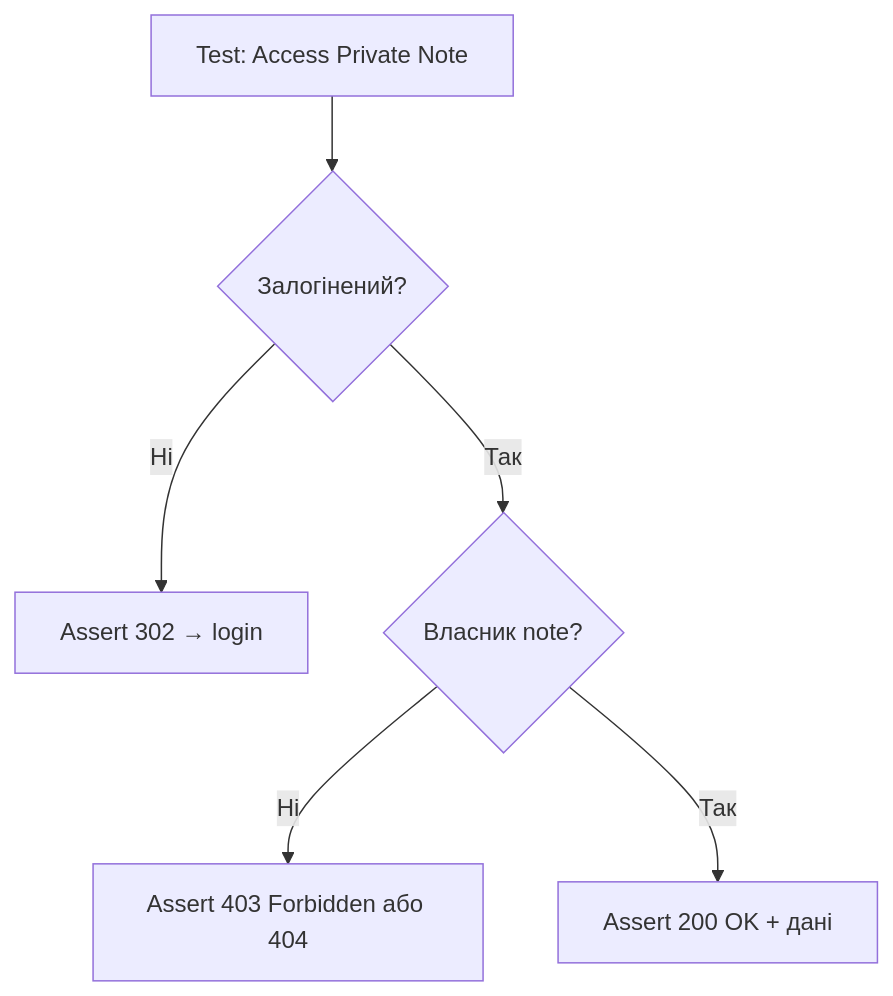
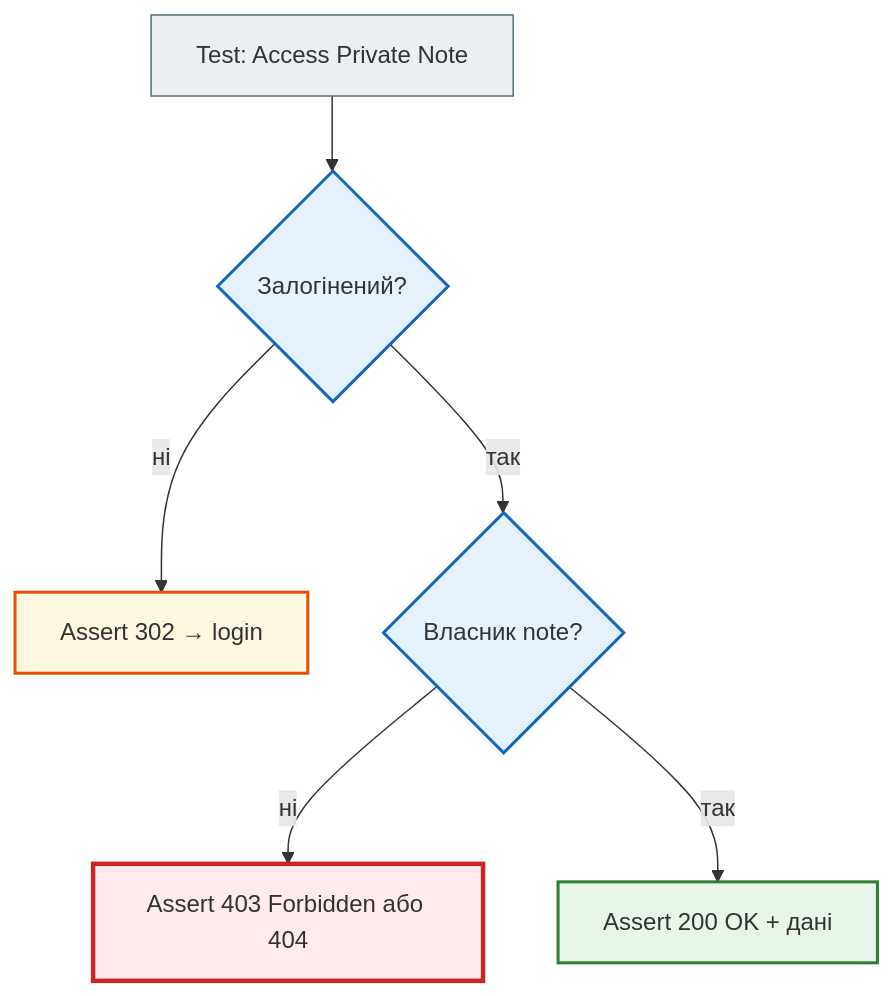
The fourth of 8 diagrams in docs/08_testing_and_quality/django_testing_full.md (NikoriakViktot/notes_chat_app), drawn with Mermaid before and after one commit. The commit also changed other lines of this file and 441 other files, not shown here.

First line of the commit message:
Add English version of the book, Mermaid standard, docs fixes

````diff
--- a/docs/08_testing_and_quality/django_testing_full.md
+++ b/docs/08_testing_and_quality/django_testing_full.md
@@ -455,8 +466,19 @@
 ```mermaid
 graph TD
     A["Test: Access Private Note"] --> B{"Залогінений?"}
-    B -->|Ні| C["Assert 302 → login"]
-    B -->|Так| D{"Власник note?"}
-    D -->|Ні| E["Assert 403 Forbidden або 404"]
-    D -->|Так| F["Assert 200 OK + дані"]
+    B -->|ні| C["Assert 302 → login"]
+    B -->|так| D{"Власник note?"}
+    D -->|ні| E["Assert 403 Forbidden або 404"]
+    D -->|так| F["Assert 200 OK + дані"]
+
+    classDef step     fill:#eceff1,stroke:#546e7a,stroke-width:1px;
+    classDef decision fill:#e3f2fd,stroke:#1565c0,stroke-width:2px;
+    classDef success  fill:#e8f5e9,stroke:#2e7d32,stroke-width:2px;
+    classDef error    fill:#ffebee,stroke:#c62828,stroke-width:3px;
+    classDef warning  fill:#fff8e1,stroke:#e65100,stroke-width:2px;
+    class A step;
+    class B,D decision;
+    class C warning;
+    class E error;
+    class F success;
 ```
````
